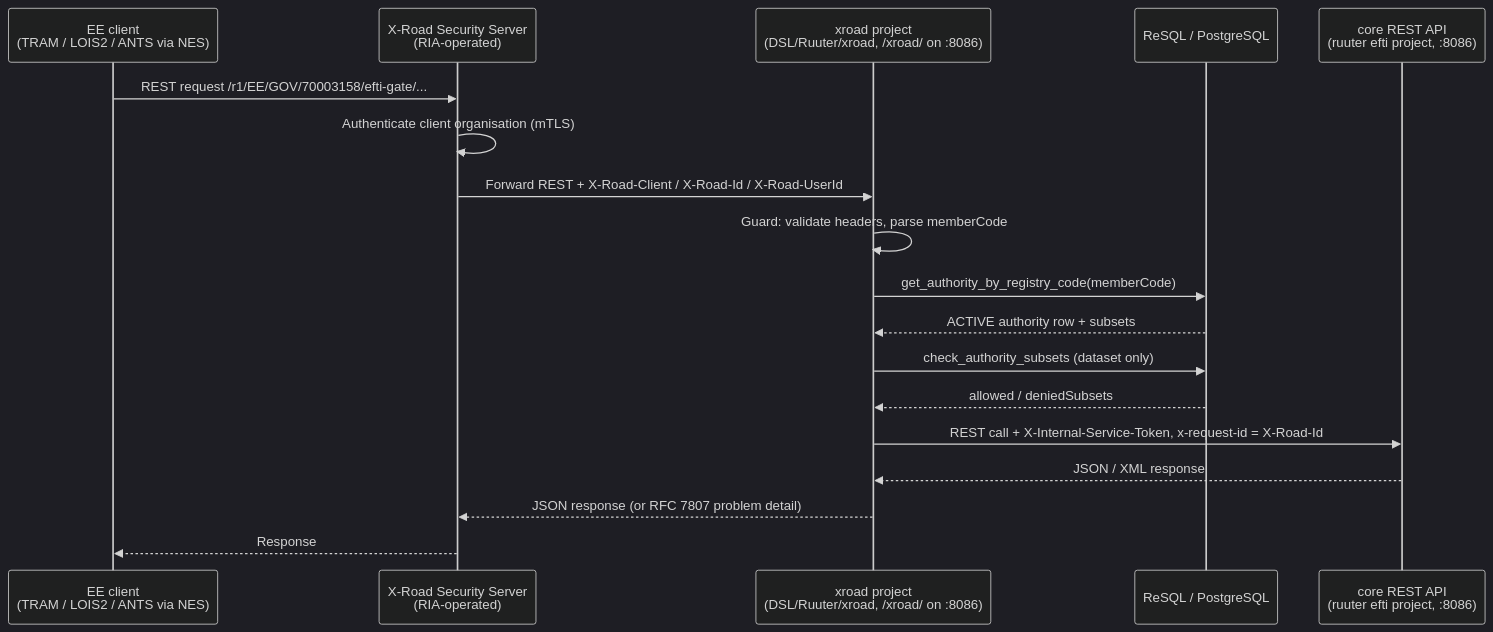
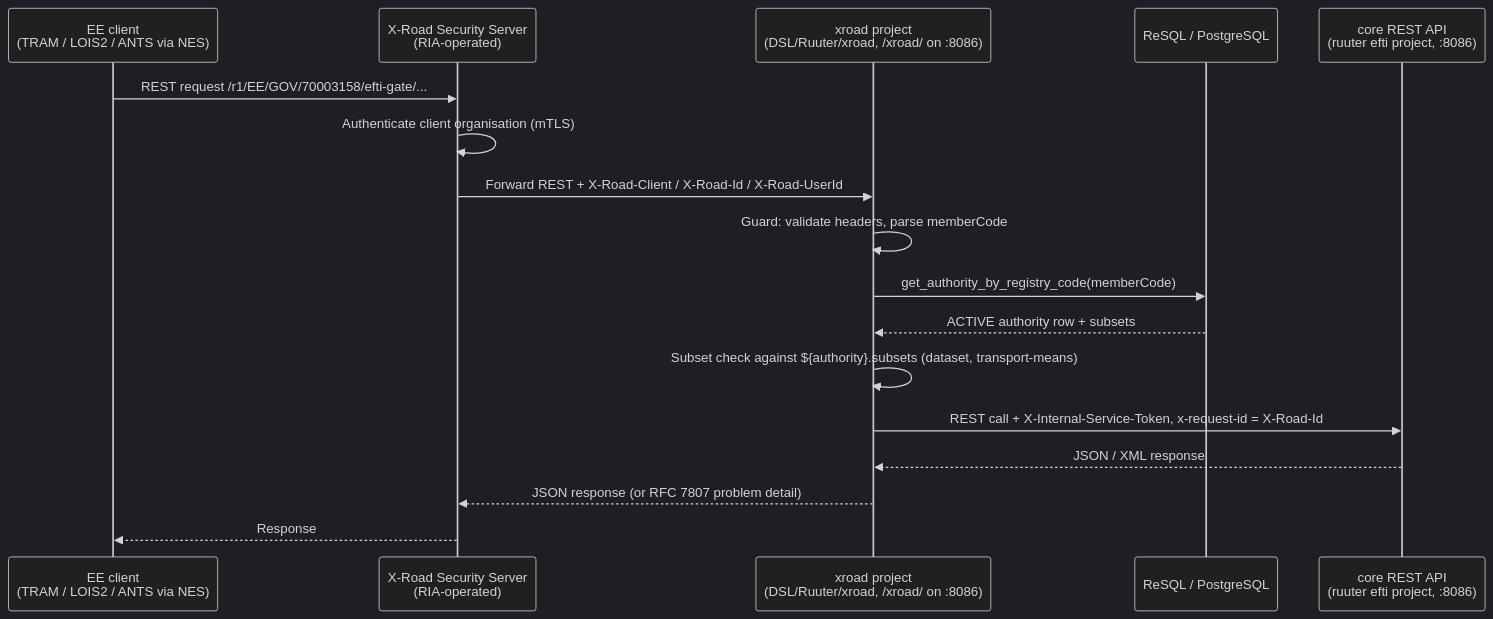
One commit to kemit-ee/efti-gate-ee changed the diagram in docs/architecture/integrations/x_road_integration.md. Above: the diagram before and after it, drawn with Mermaid (dark theme). The commit also changed other lines of this file and 7 other files, not shown here.

First line of the commit message:
xroad: reuse guard-resolved authority for subset permission checks

````diff
--- a/docs/architecture/integrations/x_road_integration.md
+++ b/docs/architecture/integrations/x_road_integration.md
@@ -22,20 +22,19 @@
 ```mermaid
 sequenceDiagram
     participant Client as EE client<br/>(TRAM / LOIS2 / ANTS via NES)
     participant SS as X-Road Security Server<br/>(RIA-operated)
     participant Adapter as xroad project<br/>(DSL/Ruuter/xroad, /xroad/ on :8086)
     participant Resql as ReSQL / PostgreSQL
     participant Core as core REST API<br/>(ruuter efti project, :8086)
     Client->>SS: REST request /r1/EE/GOV/70003158/efti-gate/...
     SS->>SS: Authenticate client organisation (mTLS)
     SS->>Adapter: Forward REST + X-Road-Client / X-Road-Id / X-Road-UserId
     Adapter->>Adapter: Guard: validate headers, parse memberCode
     Adapter->>Resql: get_authority_by_registry_code(memberCode)
     Resql-->>Adapter: ACTIVE authority row + subsets
-    Adapter->>Resql: check_authority_subsets (dataset only)
-    Resql-->>Adapter: allowed / deniedSubsets
+    Adapter->>Adapter: Subset check against ${authority}.subsets (dataset, transport-means)
     Adapter->>Core: REST call + X-Internal-Service-Token, x-request-id = X-Road-Id
     Core-->>Adapter: JSON / XML response
     Adapter-->>SS: JSON response (or RFC 7807 problem detail)
     SS-->>Client: Response
 ```
````
